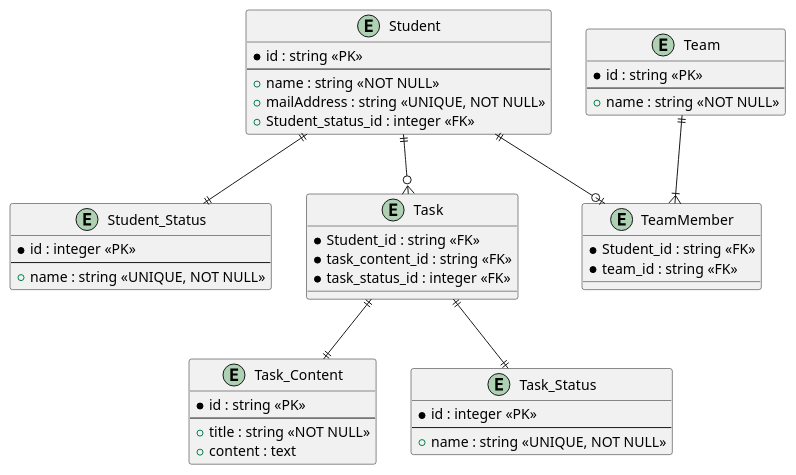
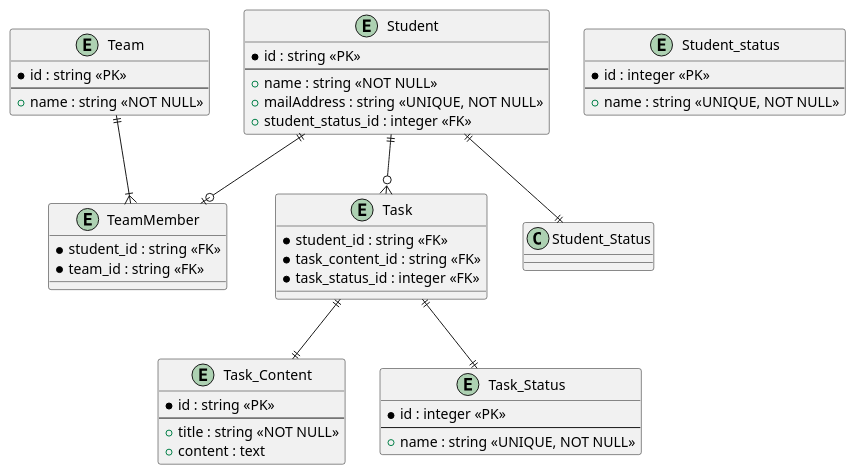
The diagram in doc/ER.pu (yoyoyonoyo/ddd-sample), drawn with PlantUML before and after one commit. The commit also changed 1 other file, not shown here.

```diff
--- a/doc/ER.pu
+++ b/doc/ER.pu
@@ -1,77 +1,77 @@
 @startuml db
 
 ' 生徒
 entity "Student" {
   * id : string <<PK>>
   --
   + name : string <<NOT NULL>>
   + mailAddress : string <<UNIQUE, NOT NULL>>
-  + Student_status_id : integer <<FK>>
+  + student_status_id : integer <<FK>>
 }
 
 ' 生徒の状態
-entity "Student_Status" {
+entity "Student_status" {
   * id : integer <<PK>>
   --
   + name : string <<UNIQUE, NOT NULL>>
 }
 
 ' チーム
 entity "Team" {
   * id : string <<PK>>
   --
   + name : string <<NOT NULL>>
 }
 
 ' チームの生徒
 ' あえて中間テーブルで設定
 ' https://zenn.dev/praha/articles/65afb28caacd0b
 entity "TeamMember" {
-  * Student_id : string <<FK>>
+  * student_id : string <<FK>>
   * team_id : string <<FK>>
 }
 
 ' 課題の状況
 entity "Task" {
-  * Student_id : string <<FK>>
+  * student_id : string <<FK>>
   * task_content_id : string <<FK>>
   * task_status_id : integer <<FK>>
 }
 
 ' 課題
 entity "Task_Content" {
   * id : string <<PK>>
   --
   + title : string <<NOT NULL>>
   + content : text
 }
 
 
 ' 課題のステータス
 entity "Task_Status" {
   * id : integer <<PK>>
   --
   + name : string <<UNIQUE, NOT NULL>>
 }
 
 ' 1つの生徒は1つの生徒の状態を持つ
 Student ||--|| Student_Status
 ' 1つの生徒は0以上の複数のチームを持つ
 ' あえて中間テーブルで設定
 ' https://zenn.dev/praha/articles/65afb28caacd0b
 Student ||--o| TeamMember
 
 ' 1つのチームは1以上の複数の生徒を持つ
 Team ||--|{ TeamMember
 
 ' 1つの生徒は0以上の複数の課題を持つ
 Student ||--o{ Task
 
 ' 1つのタスクは1つのコンテンツを持つ
 Task ||--|| Task_Content
 
 ' 1つの課題は1つの課題のステータスを持つ
 Task ||--|| Task_Status
 
 
 @enduml
```
